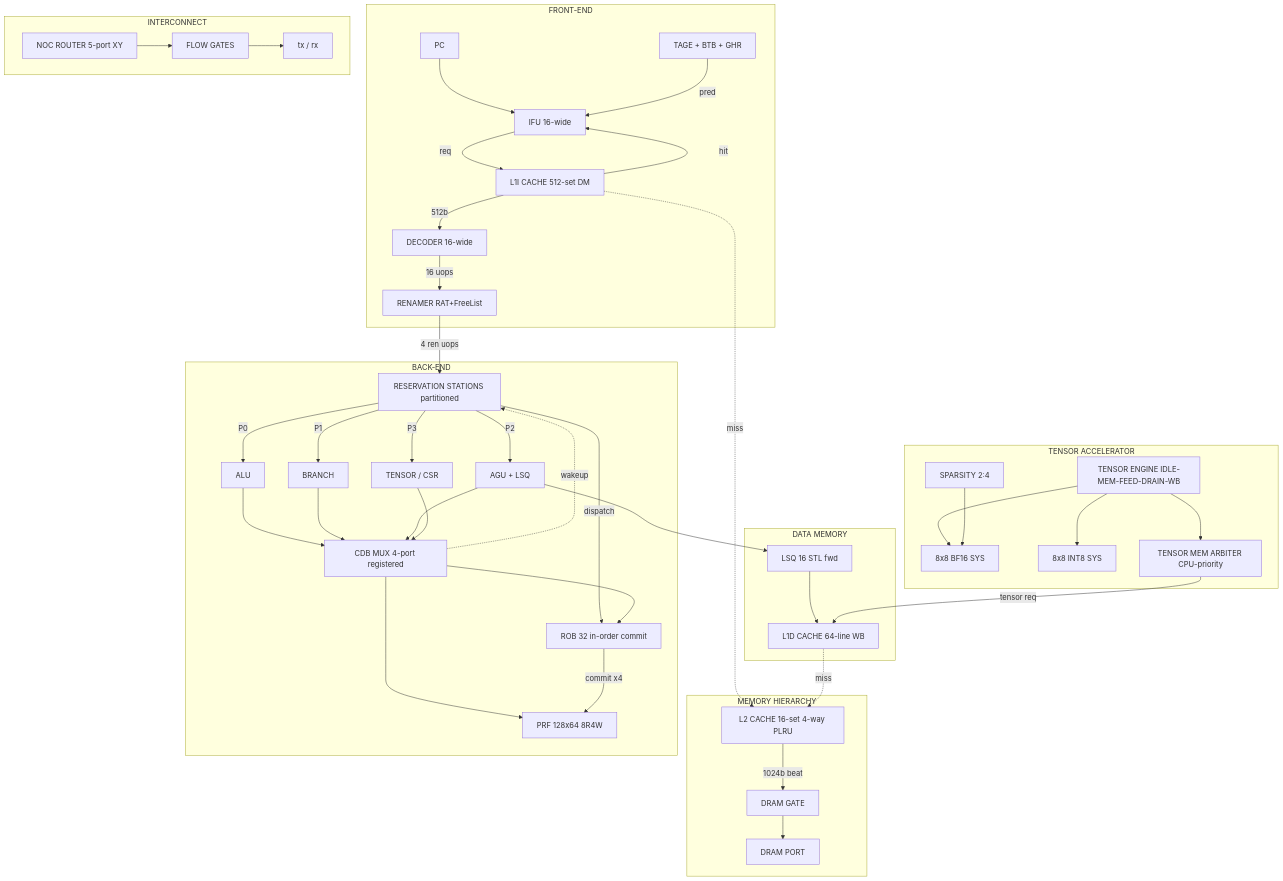
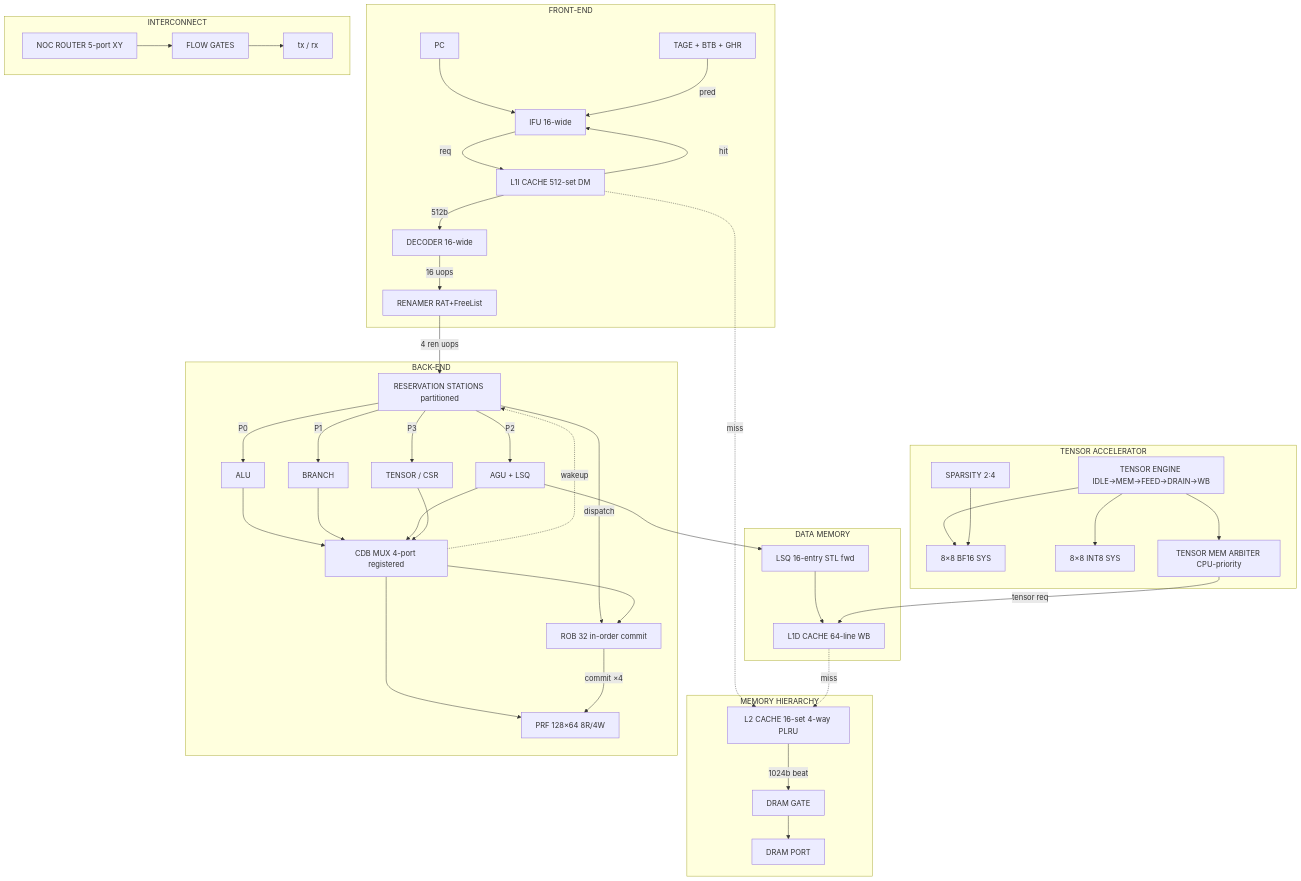
Before and after one commit to Sanuka-cmd-net/lotus-omni: the diagram in README.md, drawn with Mermaid. The commit also changed other lines of this file and 43 other files, not shown here.

````diff
--- a/README.md
+++ b/README.md
@@ -53,65 +53,65 @@
 ```mermaid
 flowchart TB
     subgraph FE["FRONT-END"]
         PC["PC"] --> IFU["IFU 16-wide"]
         TAGE["TAGE + BTB + GHR"] -->|pred| IFU
         IFU -->|req| L1I["L1I CACHE 512-set DM"]
         L1I -->|hit| IFU
         L1I -->|512b| DEC["DECODER 16-wide"]
         DEC -->|16 uops| REN["RENAMER RAT+FreeList"]
     end
 
     subgraph MEM["MEMORY HIERARCHY"]
         L2["L2 CACHE 16-set 4-way PLRU"]
         DRAMG["DRAM GATE"]
         DRAM["DRAM PORT"]
         L2 -->|1024b beat| DRAMG
         DRAMG --> DRAM
     end
 
     subgraph BE["BACK-END"]
         REN -->|4 ren uops| RS["RESERVATION STATIONS partitioned"]
         RS -->|dispatch| ROB["ROB 32 in-order commit"]
         RS -->|P0| ALU["ALU"]
         RS -->|P1| BR["BRANCH"]
         RS -->|P2| AGU["AGU + LSQ"]
         RS -->|P3| TCSR["TENSOR / CSR"]
         ALU --> CDB["CDB MUX 4-port registered"]
         BR --> CDB
         AGU --> CDB
         TCSR --> CDB
-        CDB --> PRF["PRF 128x64 8R4W"]
+        CDB --> PRF["PRF 128×64 8R/4W"]
         CDB --> ROB
-        ROB -->|commit x4| PRF
+        ROB -->|commit ×4| PRF
         CDB -. wakeup .-> RS
     end
 
     subgraph DMEM["DATA MEMORY"]
-        AGU --> LSQ["LSQ 16 STL fwd"]
+        AGU --> LSQ["LSQ 16-entry STL fwd"]
         LSQ --> L1D["L1D CACHE 64-line WB"]
     end
 
     subgraph TENS["TENSOR ACCELERATOR"]
-        TE["TENSOR ENGINE IDLE-MEM-FEED-DRAIN-WB"]
-        BF16["8x8 BF16 SYS"]
-        INT8["8x8 INT8 SYS"]
+        TE["TENSOR ENGINE IDLE→MEM→FEED→DRAIN→WB"]
+        BF16["8×8 BF16 SYS"]
+        INT8["8×8 INT8 SYS"]
         SP["SPARSITY 2:4"]
         ARB["TENSOR MEM ARBITER CPU-priority"]
         TE --> BF16
         TE --> INT8
         SP --> BF16
         TE --> ARB
     end
 
     subgraph NOC["INTERCONNECT"]
         NOCR["NOC ROUTER 5-port XY"]
         FG["FLOW GATES"]
         TXRX["tx / rx"]
         NOCR --> FG
         FG --> TXRX
     end
 
     L1I -. miss .-> L2
     L1D -. miss .-> L2
     ARB -->|tensor req| L1D
 ```
````
